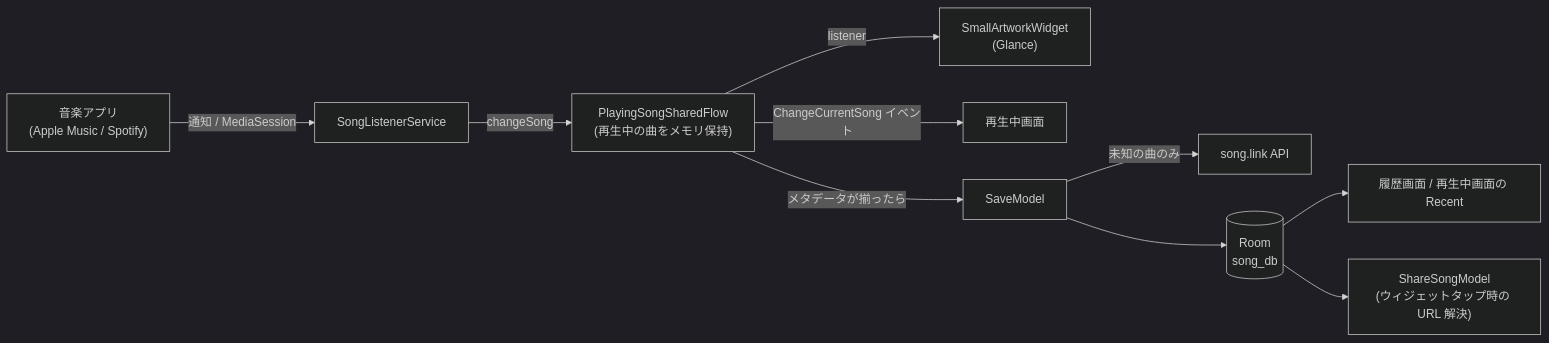
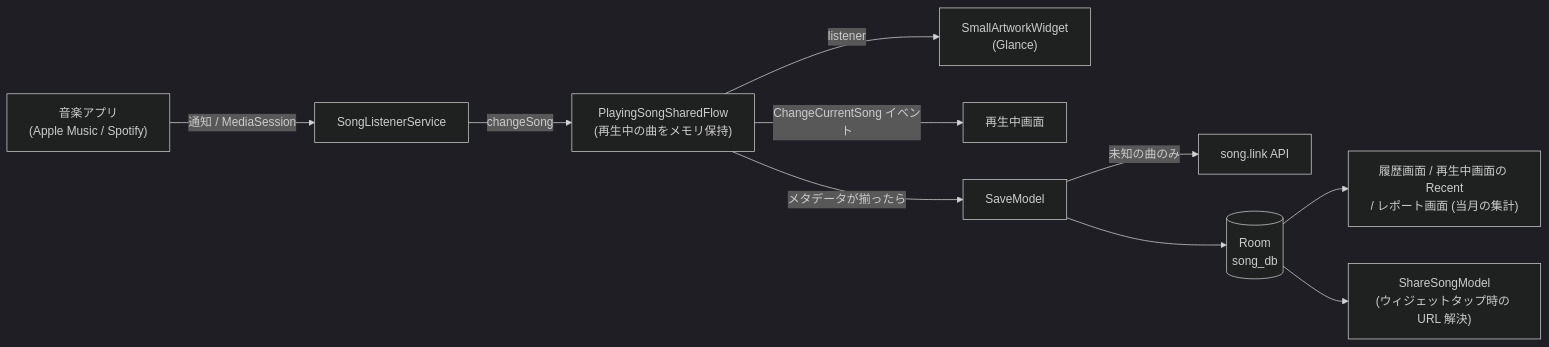
Before and after one commit to SnowDango/sumire: the diagram in docs/README.md, drawn with Mermaid (dark theme). The commit also changed other lines of this file and 6 other files, not shown here.

````diff
--- a/docs/README.md
+++ b/docs/README.md
@@ -21,12 +21,12 @@
 ```mermaid
 flowchart LR
     MusicApp["音楽アプリ<br/>(Apple Music / Spotify)"] -- "通知 / MediaSession" --> Service["SongListenerService"]
     Service -- "changeSong" --> State["PlayingSongSharedFlow<br/>(再生中の曲をメモリ保持)"]
     State -- "listener" --> Widget["SmallArtworkWidget<br/>(Glance)"]
     State -- "ChangeCurrentSong イベント" --> Playing["再生中画面"]
     State -- "メタデータが揃ったら" --> Save["SaveModel"]
     Save -- "未知の曲のみ" --> API["song.link API"]
     Save --> DB[("Room<br/>song_db")]
-    DB --> History["履歴画面 / 再生中画面の Recent"]
+    DB --> History["履歴画面 / 再生中画面の Recent<br/>/ レポート画面 (当月の集計)"]
     DB --> Share["ShareSongModel<br/>(ウィジェットタップ時の URL 解決)"]
 ```
````
